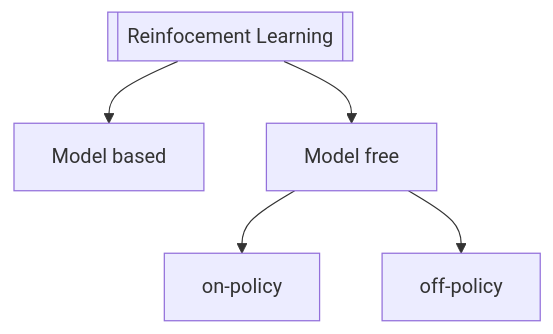
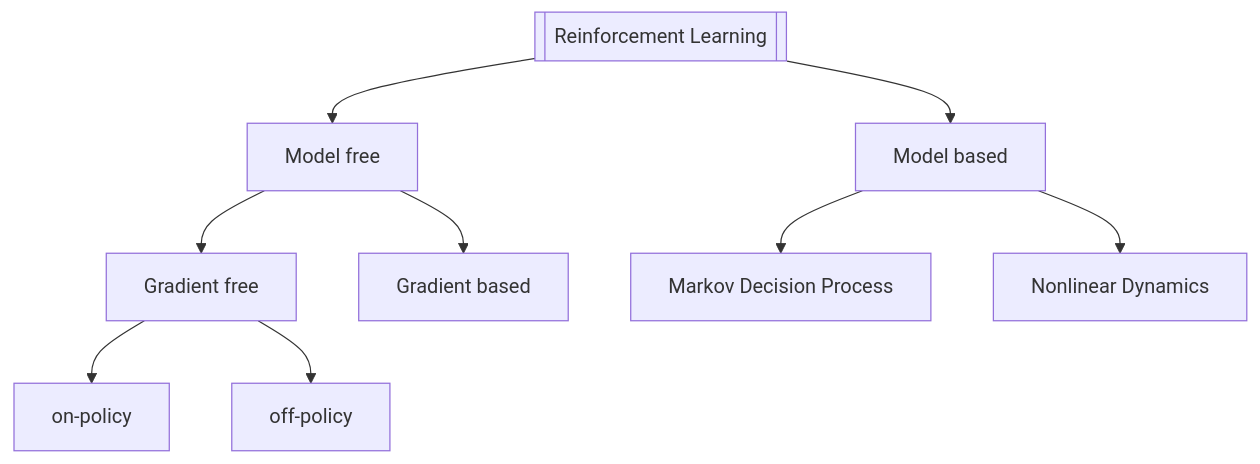
The diagram in machine_learning/reinforcement_learning/basics.md (mzums/notes), drawn with Mermaid before and after one commit. The commit also changed 1 other file, not shown here.

Commit message:
updated notes

````diff
--- a/machine_learning/reinforcement_learning/basics.md
+++ b/machine_learning/reinforcement_learning/basics.md
@@ -9,7 +9,11 @@
 ```mermaid
 flowchart TD;
-    id1[[Reinfocement Learning]]-->id2[Model based];
-    id1[[Reinfocement Learning]]-->id3[Model free];
-    id3[Model free]-->id4[on-policy]
-    id3[Model free]-->id5[off-policy]
+    id1[[Reinforcement Learning]]-->id2[Model based];
+    id1[[Reinforcement Learning]]-->id3[Model free];
+    id3[Model free]-->id4[Gradient free]
+    id3[Model free]-->id5[Gradient based]
+    id4[Gradient free]-->id6[on-policy]
+    id4[Gradient free]-->id7[off-policy]
+    id2[Model based]-->id8[Markov Decision Process]
+    id2[Model based]-->id9[Nonlinear Dynamics]
 ```
````
